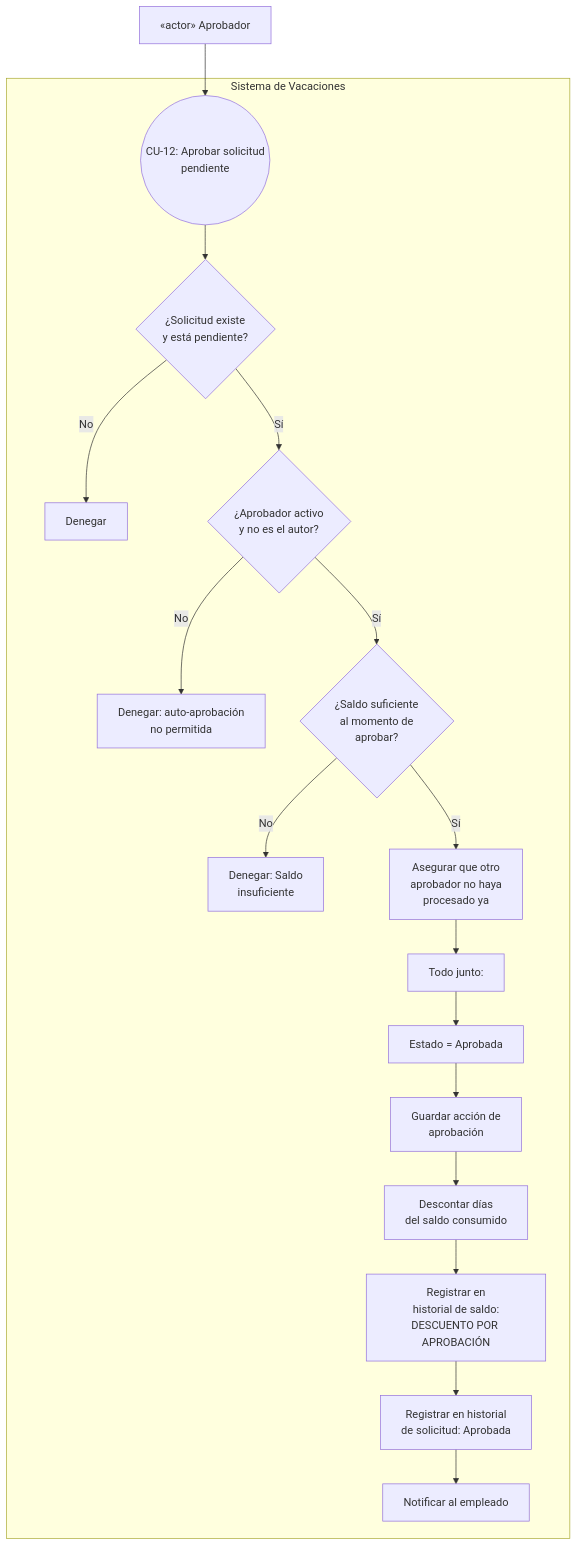
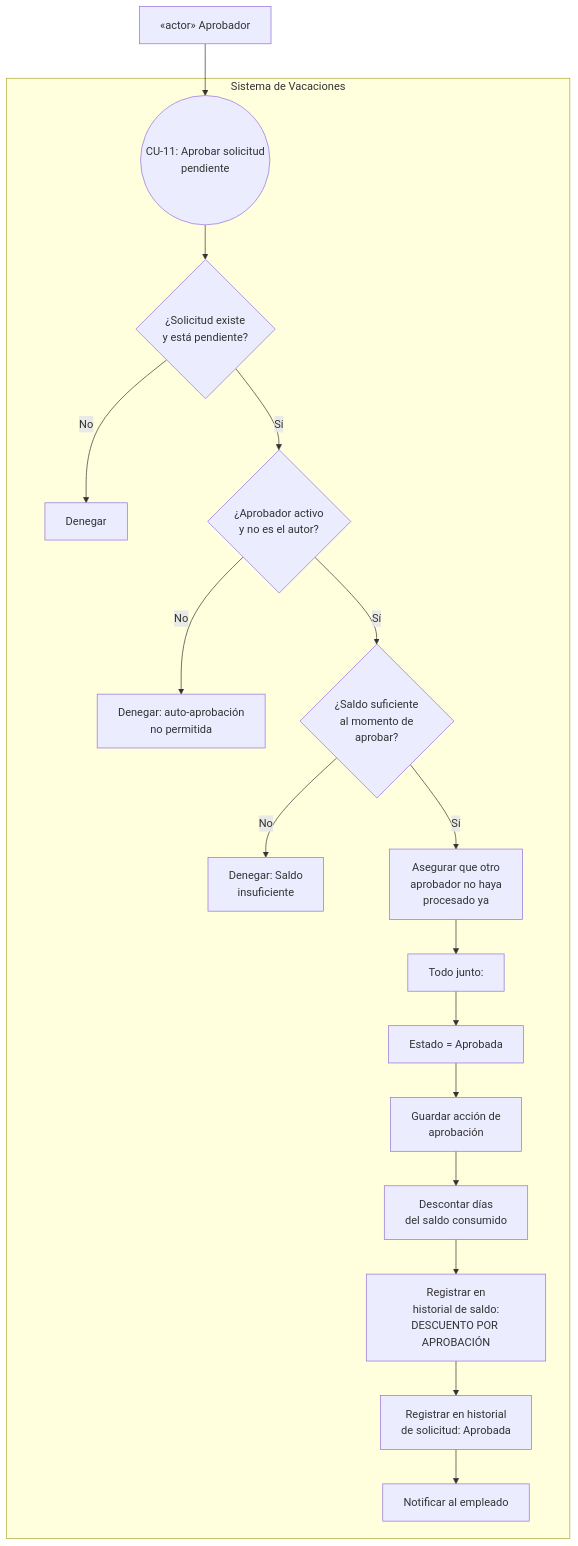
One commit to Oscar26-zs/Solicitud_de_Vacaciones changed diagram 11 of 19 in docs/use-case-diagrams.md. Above: the diagram before and after it, drawn with Mermaid. The commit also changed other lines of this file and 1 other file, not shown here.

````diff
--- a/docs/use-case-diagrams.md
+++ b/docs/use-case-diagrams.md
@@ -308,30 +287,30 @@
 ```mermaid
 graph TB
     subgraph S["Sistema de Vacaciones"]
-        CU12(("CU-12: Aprobar solicitud<br/>pendiente"))
+        CU11(("CU-11: Aprobar solicitud<br/>pendiente"))
         V1{¿Solicitud existe<br/>y está pendiente?}
         V2[Denegar]
         V3{¿Aprobador activo<br/>y no es el autor?}
         V4[Denegar: auto-aprobación<br/>no permitida]
         S1{¿Saldo suficiente<br/>al momento de<br/>aprobar?}
         S2[Denegar: Saldo<br/>insuficiente]
         C1[Asegurar que otro<br/>aprobador no haya<br/>procesado ya]
         T1[Todo junto:]
         T2[Estado = Aprobada]
         T3[Guardar acción de<br/>aprobación]
         T4[Descontar días<br/>del saldo consumido]
         T5[Registrar en<br/>historial de saldo:<br/>DESCUENTO POR APROBACIÓN]
         T6[Registrar en historial<br/>de solicitud: Aprobada]
         T7[Notificar al empleado]
 
-        CU12 --> V1
+        CU11 --> V1
         V1 -->|No| V2
         V1 -->|Sí| V3
         V3 -->|No| V4
         V3 -->|Sí| S1
         S1 -->|No| S2
         S1 -->|Sí| C1 --> T1
         T1 --> T2 --> T3 --> T4 --> T5 --> T6 --> T7
     end
-    Ap["«actor» Aprobador"] --> CU12
+    Ap["«actor» Aprobador"] --> CU11
 ```
````
